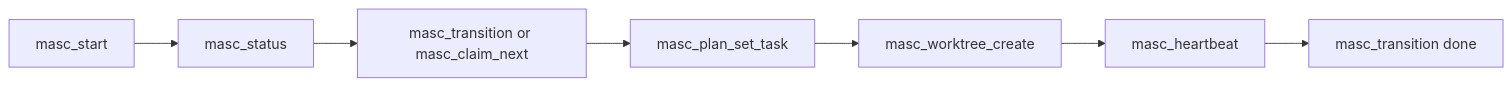
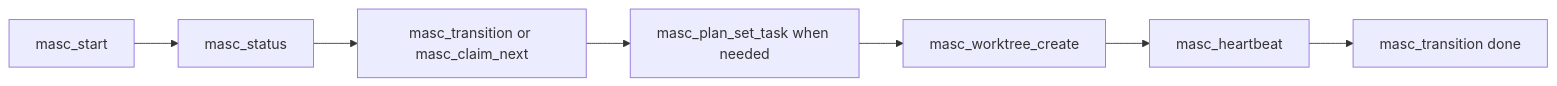
One commit to jeong-sik/masc changed the second of 5 diagrams in docs/MCP-SURFACE-AUDIT.md. Above: the diagram before and after it, drawn with Mermaid. The commit also changed other lines of this file and 28 other files, not shown here.

````diff
--- a/docs/MCP-SURFACE-AUDIT.md
+++ b/docs/MCP-SURFACE-AUDIT.md
@@ -90,9 +90,9 @@
 ```mermaid
 flowchart LR
   Start[masc_start] --> Status[masc_status]
   Status --> Claim[masc_transition or masc_claim_next]
-  Claim --> Plan[masc_plan_set_task]
+  Claim --> Plan[masc_plan_set_task when needed]
   Plan --> Worktree[masc_worktree_create]
   Worktree --> Heartbeat[masc_heartbeat]
   Heartbeat --> Done[masc_transition done]
 ```
````
